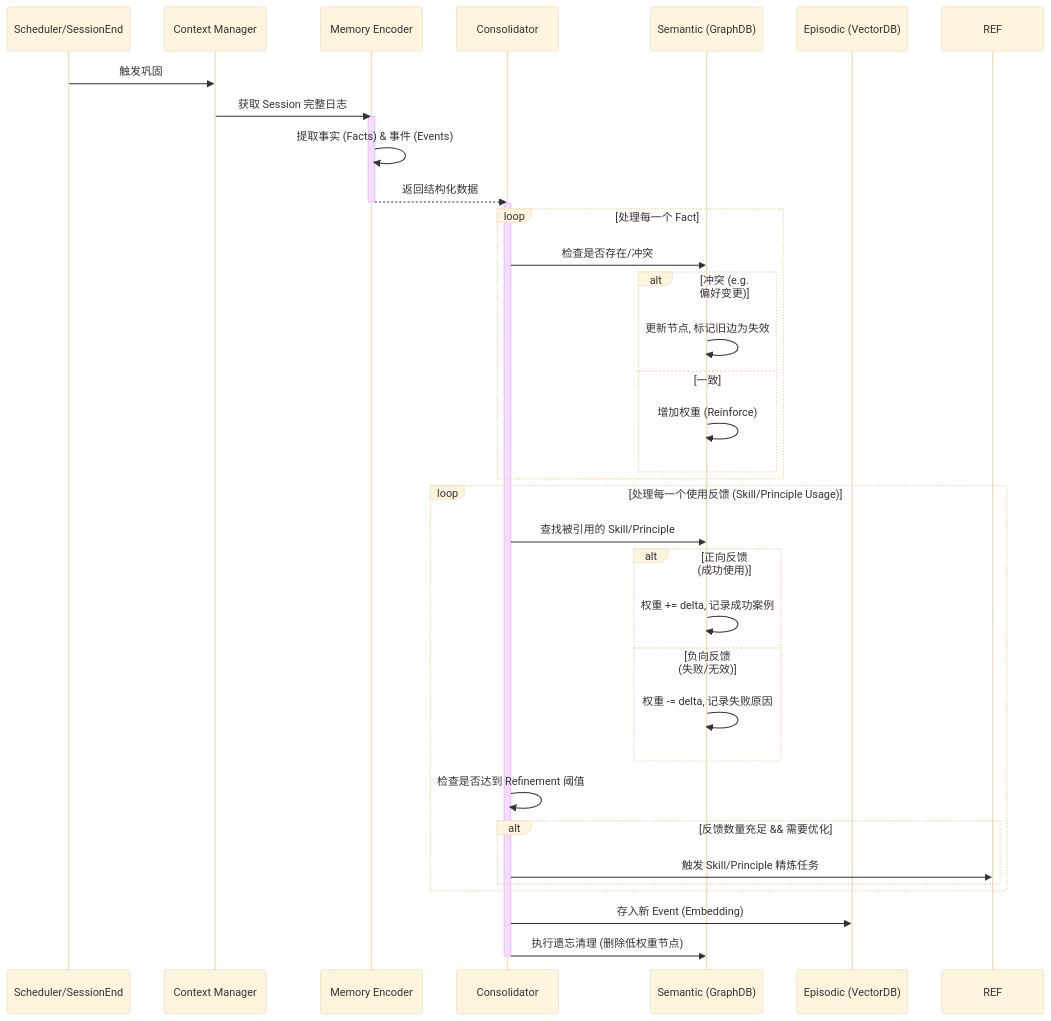
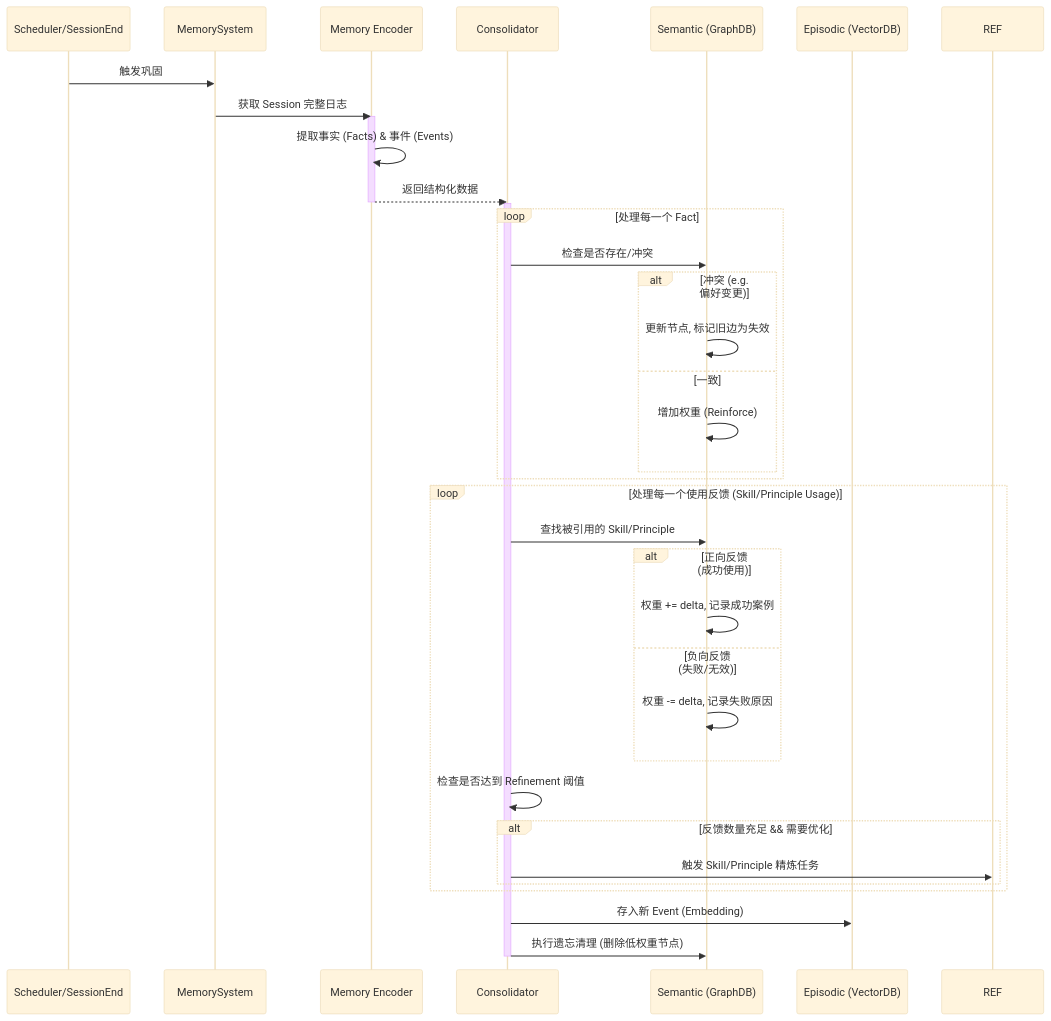
The second of 5 diagrams in docs/workflows.md (Lincyaw/h-mem), drawn with Mermaid (base theme) before and after one commit. The commit also changed other lines of this file and 15 other files, not shown here.

````diff
--- a/docs/workflows.md
+++ b/docs/workflows.md
@@ -54,44 +54,44 @@
 ```mermaid
 sequenceDiagram  
     participant Trigger as Scheduler/SessionEnd  
-    participant CM as Context Manager  
+    participant MS as MemorySystem  
     participant ENC as Memory Encoder  
     participant CON as Consolidator  
     participant GDB as Semantic (GraphDB)  
     participant VDB as Episodic (VectorDB)
 
-    Trigger->>CM: 触发巩固  
-    CM->>ENC: 获取 Session 完整日志  
+    Trigger->>MS: 触发巩固  
+    MS->>ENC: 获取 Session 完整日志  
     activate ENC  
     ENC->>ENC: 提取事实 (Facts) & 事件 (Events)  
     ENC-->>CON: 返回结构化数据  
     deactivate ENC  
       
     activate CON  
     loop 处理每一个 Fact  
         CON->>GDB: 检查是否存在/冲突  
         alt 冲突 (e.g. 偏好变更)  
             GDB->>GDB: 更新节点, 标记旧边为失效  
         else 一致  
             GDB->>GDB: 增加权重 (Reinforce)  
         end  
     end  
       
     loop 处理每一个使用反馈 (Skill/Principle Usage)
         CON->>GDB: 查找被引用的 Skill/Principle
         alt 正向反馈 (成功使用)
             GDB->>GDB: 权重 += delta, 记录成功案例
         else 负向反馈 (失败/无效)
             GDB->>GDB: 权重 -= delta, 记录失败原因
         end
         CON->>CON: 检查是否达到 Refinement 阈值
         alt 反馈数量充足 && 需要优化
             CON->>REF: 触发 Skill/Principle 精炼任务
         end
     end
       
     CON->>VDB: 存入新 Event (Embedding)  
       
     CON->>GDB: 执行遗忘清理 (删除低权重节点)  
     deactivate CON
 ```
````
